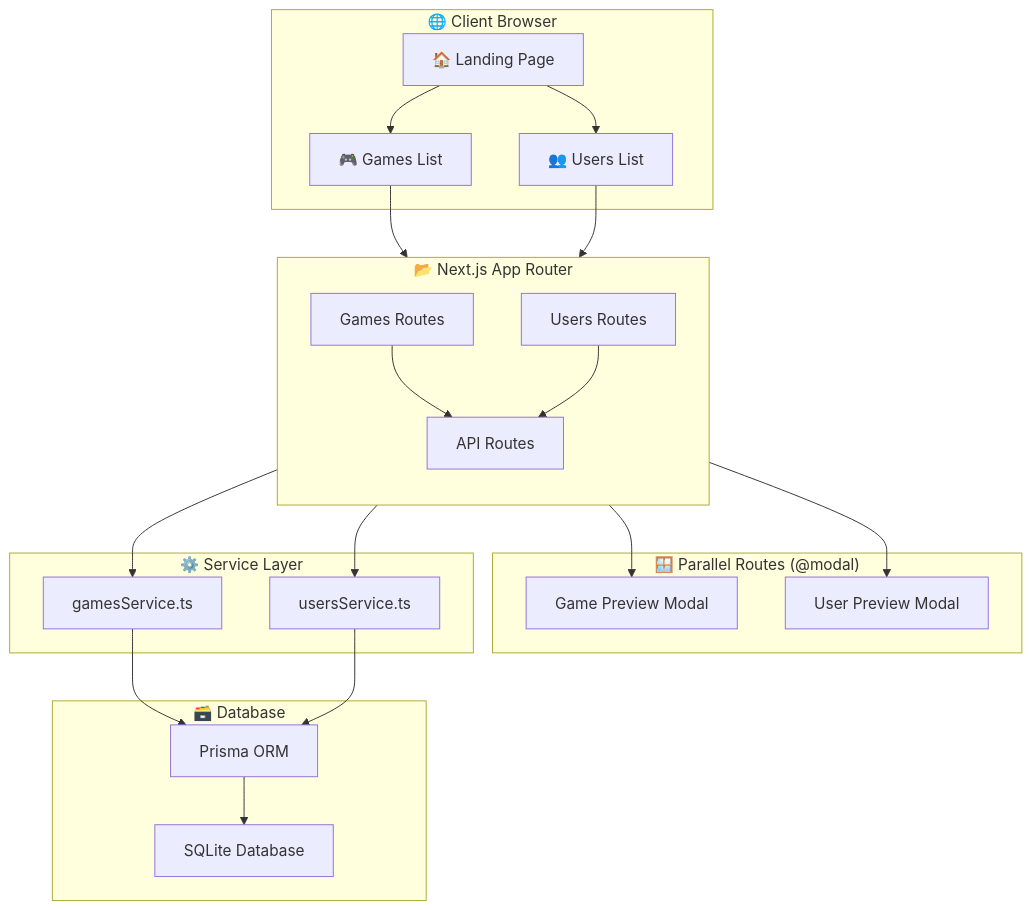
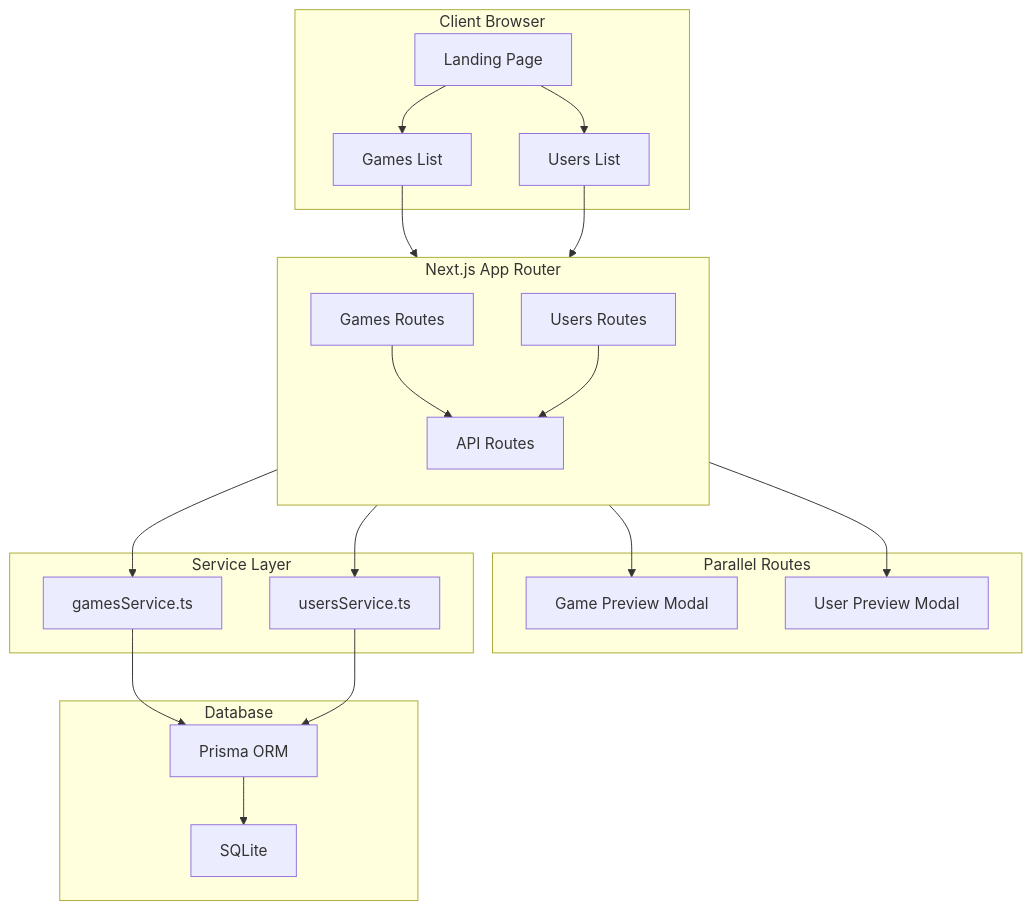
One commit to denver2714/Collection-Manager changed the first of 2 diagrams in README.md. Above: the diagram before and after it, drawn with Mermaid. The commit also changed other lines of this file, not shown here.

````diff
--- a/README.md
+++ b/README.md
@@ -48,50 +47,50 @@
 ```mermaid
 flowchart TB
-    subgraph Client["🌐 Client Browser"]
-        Landing["🏠 Landing Page"]
-        GamesPage["🎮 Games List"]
-        UsersPage["👥 Users List"]
+    subgraph Client["Client Browser"]
+        Landing["Landing Page"]
+        GamesPage["Games List"]
+        UsersPage["Users List"]
     end
 
-    subgraph Routes["📂 Next.js App Router"]
+    subgraph Routes["Next.js App Router"]
         direction TB
         GamesRoutes["Games Routes"]
         UsersRoutes["Users Routes"]
         API["API Routes"]
     end
 
-    subgraph Modal["🪟 Parallel Routes (@modal)"]
+    subgraph Modal["Parallel Routes"]
         GameModal["Game Preview Modal"]
         UserModal["User Preview Modal"]
     end
 
-    subgraph Services["⚙️ Service Layer"]
+    subgraph Services["Service Layer"]
         GamesService["gamesService.ts"]
         UsersService["usersService.ts"]
     end
 
-    subgraph Database["🗃️ Database"]
+    subgraph Database["Database"]
         Prisma["Prisma ORM"]
-        SQLite["SQLite Database"]
+        SQLite["SQLite"]
     end
 
     Landing --> GamesPage
     Landing --> UsersPage
 
     GamesPage --> GamesRoutes
     UsersPage --> UsersRoutes
 
     GamesRoutes --> GameModal
     UsersRoutes --> UserModal
 
     GamesRoutes --> API
     UsersRoutes --> API
 
     API --> GamesService
     API --> UsersService
 
     GamesService --> Prisma
     UsersService --> Prisma
 
     Prisma --> SQLite
 ```
````
